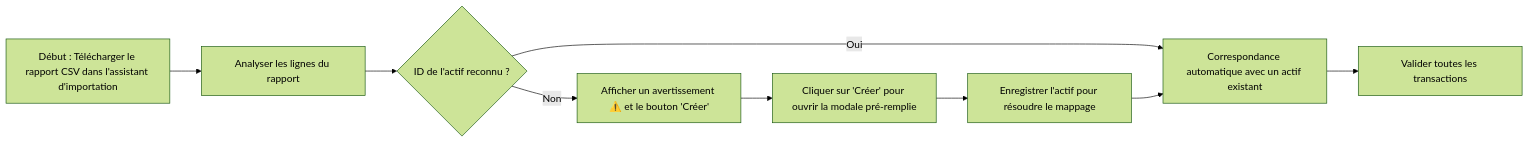
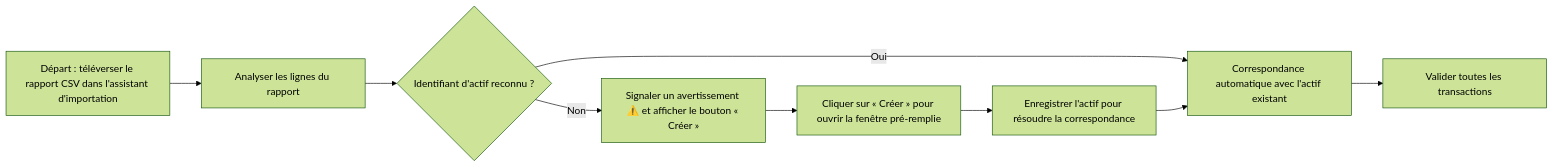
One commit to Librefolio/LibreFolio changed the second of 2 diagrams in mkdocs_src/docs/user/assets/create-edit.fr.md. Above: the diagram before and after it, drawn with Mermaid (forest theme). The commit also changed other lines of this file and 73 other files, not shown here.

````diff
--- a/mkdocs_src/docs/user/assets/create-edit.fr.md
+++ b/mkdocs_src/docs/user/assets/create-edit.fr.md
@@ -28,11 +28,11 @@
-    ```mermaid
-    flowchart LR
-        A[Début : Télécharger le rapport CSV dans l'assistant d'importation] --> B[Analyser les lignes du rapport]
-        B --> C{ID de l'actif reconnu ?}
-        C -->|Oui| D[Correspondance automatique avec un actif existant]
-        C -->|Non| E[Afficher un avertissement ⚠️ et le bouton 'Créer']
-        E --> F[Cliquer sur 'Créer' pour ouvrir la modale pré-remplie]
-        F --> G[Enregistrer l'actif pour résoudre le mappage]
-        G --> D
-        D --> H[Valider toutes les transactions]
-    ```
+ ```mermaid
+ flowchart LR
+ A[Départ : téléverser le rapport CSV dans l'assistant d'importation] --> B[Analyser les lignes du rapport]
+ B --> C{Identifiant d'actif reconnu ?}
+ C -->|Oui| D[Correspondance automatique avec l'actif existant]
+ C -->|Non| E[Signaler un avertissement ⚠️ et afficher le bouton « Créer »]
+ E --> F[Cliquer sur « Créer » pour ouvrir la fenêtre pré-remplie]
+ F --> G[Enregistrer l'actif pour résoudre la correspondance]
+ G --> D
+ D --> H[Valider toutes les transactions]
+ ```
````
